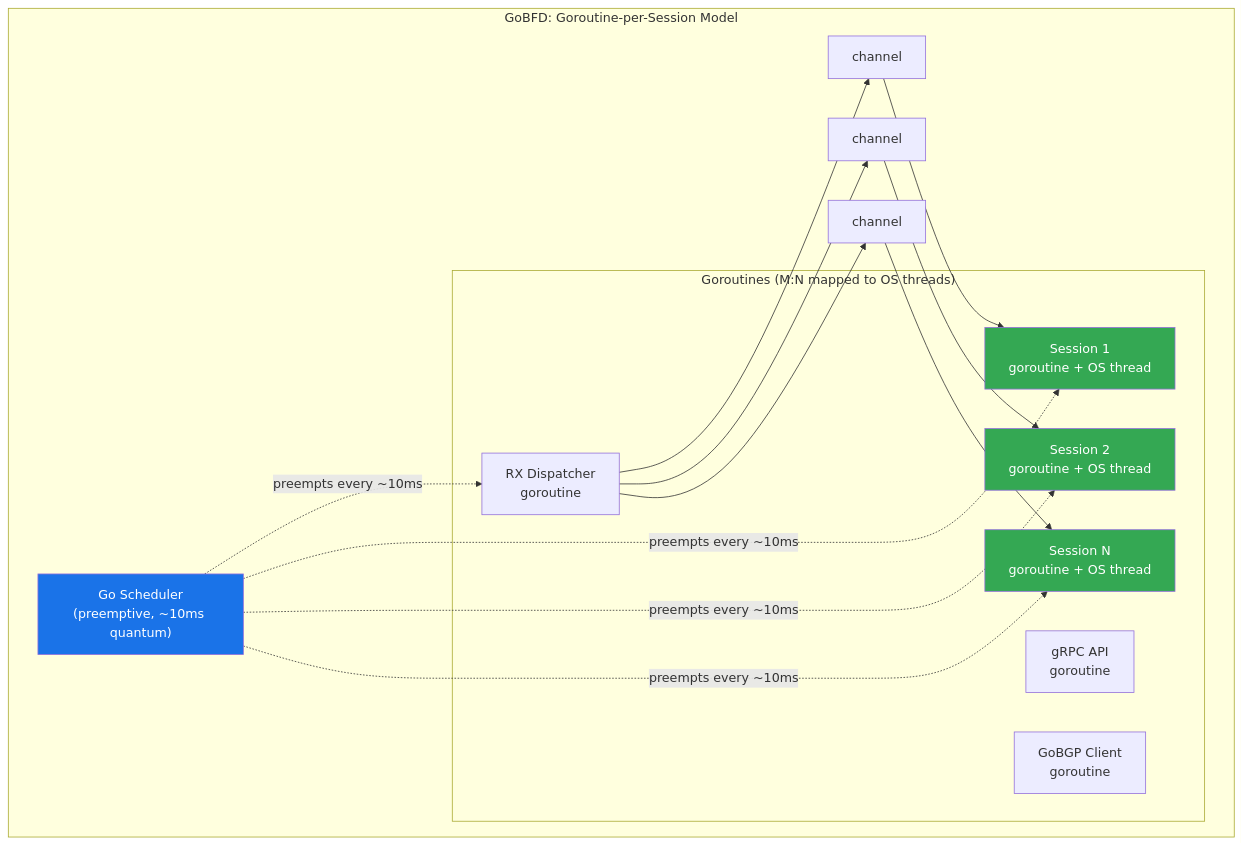
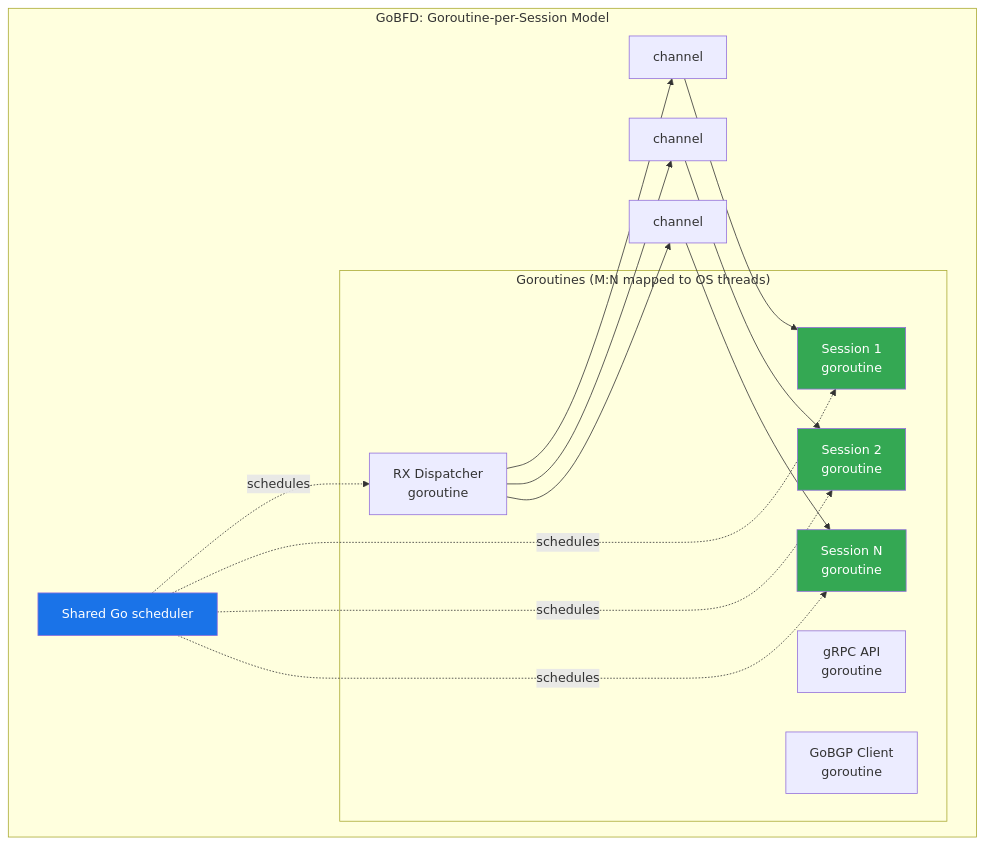
The third of 3 diagrams in docs/en/14-performance-analysis.md (dantte-lp/gobfd), drawn with Mermaid before and after one commit. The commit also changed other lines of this file and 18 other files, not shown here.

````diff
--- a/docs/en/14-performance-analysis.md
+++ b/docs/en/14-performance-analysis.md
@@ -251,32 +254,32 @@
 ```mermaid
 graph TB
     subgraph "GoBFD: Goroutine-per-Session Model"
-        SCHED["Go Scheduler<br/>(preemptive, ~10ms quantum)"]
+        SCHED["Shared Go scheduler"]
 
         subgraph "Goroutines (M:N mapped to OS threads)"
             RX["RX Dispatcher<br/>goroutine"]
-            S1["Session 1<br/>goroutine + OS thread"]
-            S2["Session 2<br/>goroutine + OS thread"]
-            SN["Session N<br/>goroutine + OS thread"]
+            S1["Session 1<br/>goroutine"]
+            S2["Session 2<br/>goroutine"]
+            SN["Session N<br/>goroutine"]
             API["gRPC API<br/>goroutine"]
             BGP2["GoBGP Client<br/>goroutine"]
         end
 
         CH1["channel"]
         CH2["channel"]
         CHN["channel"]
 
         RX --> CH1 --> S1
         RX --> CH2 --> S2
         RX --> CHN --> SN
-        SCHED -.->|"preempts every ~10ms"| RX
-        SCHED -.->|"preempts every ~10ms"| S1
-        SCHED -.->|"preempts every ~10ms"| S2
-        SCHED -.->|"preempts every ~10ms"| SN
+        SCHED -.->|"schedules"| RX
+        SCHED -.->|"schedules"| S1
+        SCHED -.->|"schedules"| S2
+        SCHED -.->|"schedules"| SN
     end
 
     style SCHED fill:#1a73e8,color:#fff
     style S1 fill:#34a853,color:#fff
     style S2 fill:#34a853,color:#fff
     style SN fill:#34a853,color:#fff
 ```
````
